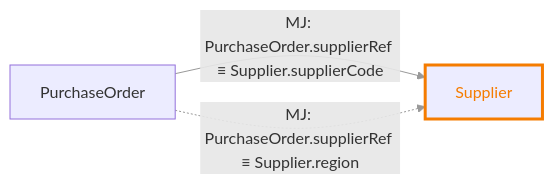
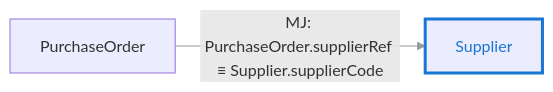
Before and after one commit to LIngcheng-zeng/classRelation: the fifth of 9 diagrams in classRelationTestCode.md, drawn with Mermaid. The commit also changed other lines of this file and 1 other file, not shown here.

````diff
--- a/classRelationTestCode.md
+++ b/classRelationTestCode.md
@@ -69,9 +68,8 @@
 ```mermaid
 flowchart LR
     linkStyle default stroke:#999,stroke-width:1px
     PurchaseOrder -->|"MJ: PurchaseOrder.supplierRef ≡ Supplier.supplierCode"| Supplier:::readRel
-    PurchaseOrder -.->|"MJ: PurchaseOrder.supplierRef ≡ Supplier.region"| Supplier:::writeRel
     classDef readRel stroke:#1976d2,stroke-width:3px,color:#1976d2
     classDef writeRel stroke:#f57c00,stroke-width:3px,color:#f57c00
     classDef inheritRel stroke:#388e3c,stroke-width:3px,color:#388e3c
 ```
````
